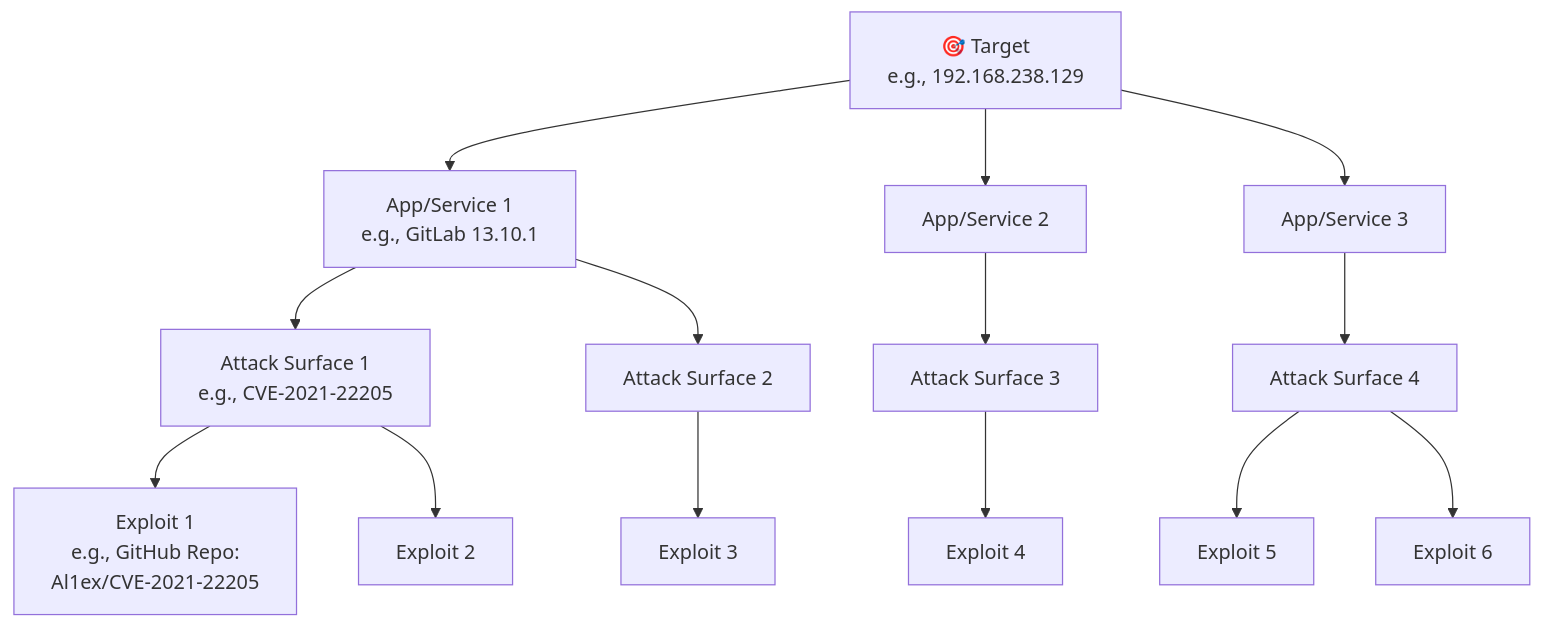
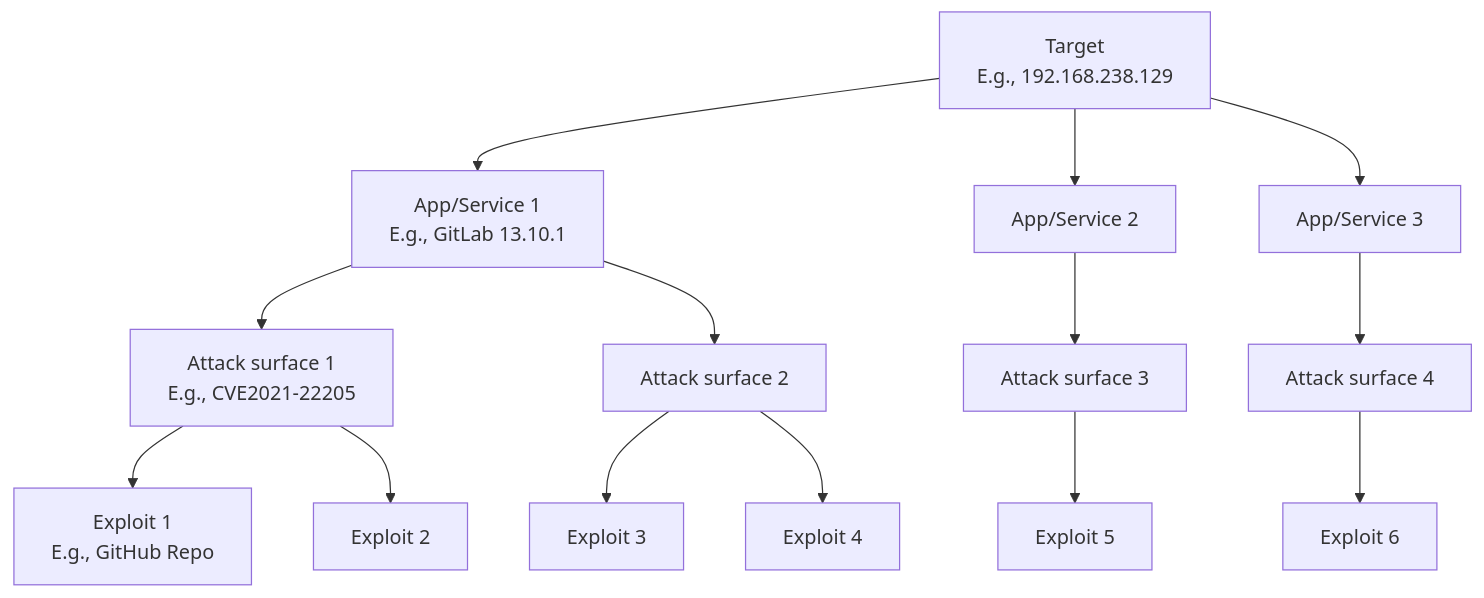
The fifth of 6 diagrams in docs/paper-research/md-downloaded-paper-curated/13-pentestagent-incorporating-llm-agents-to-automated.md (nishan-paul-2022/cmatrix-agentic-red-team), drawn with Mermaid before and after one commit. The commit also changed other lines of this file and 52 other files, not shown here.

````diff
--- a/docs/paper-research/md-downloaded-paper-curated/13-pentestagent-incorporating-llm-agents-to-automated.md
+++ b/docs/paper-research/md-downloaded-paper-curated/13-pentestagent-incorporating-llm-agents-to-automated.md
@@ -435,19 +342,19 @@
 ```mermaid
-flowchart TD
-    T["🎯 Target\ne.g., 192.168.238.129"]
-    T --> SVC1["App/Service 1\ne.g., GitLab 13.10.1"]
-    T --> SVC2[App/Service 2]
-    T --> SVC3[App/Service 3]
 
-    SVC1 --> AS1["Attack Surface 1\ne.g., CVE-2021-22205"]
-    SVC1 --> AS2[Attack Surface 2]
-    SVC2 --> AS3[Attack Surface 3]
-    SVC3 --> AS4[Attack Surface 4]
-
-    AS1 --> EX1["Exploit 1\ne.g., GitHub Repo:\nAl1ex/CVE-2021-22205"]
-    AS1 --> EX2[Exploit 2]
-    AS2 --> EX3[Exploit 3]
-    AS3 --> EX4[Exploit 4]
-    AS4 --> EX5[Exploit 5]
-    AS4 --> EX6[Exploit 6]
+graph TD
+    Target[Target\nE.g., 192.168.238.129] --> App1[App/Service 1\nE.g., GitLab 13.10.1]
+    Target --> App2[App/Service 2]
+    Target --> App3[App/Service 3]
+    
+    App1 --> AttackSurf1[Attack surface 1\nE.g., CVE2021-22205]
+    App1 --> AttackSurf2[Attack surface 2]
+    App2 --> AttackSurf3[Attack surface 3]
+    App3 --> AttackSurf4[Attack surface 4]
+    
+    AttackSurf1 --> Exploit1[Exploit 1\nE.g., GitHub Repo]
+    AttackSurf1 --> Exploit2[Exploit 2]
+    AttackSurf2 --> Exploit3[Exploit 3]
+    AttackSurf2 --> Exploit4[Exploit 4]
+    AttackSurf3 --> Exploit5[Exploit 5]
+    AttackSurf4 --> Exploit6[Exploit 6]
 ```
````
